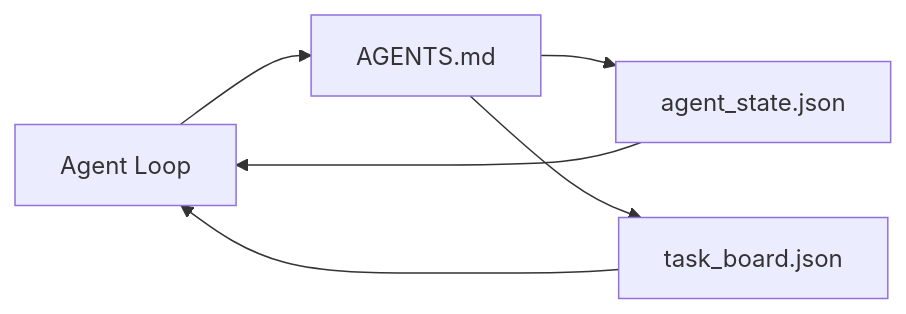
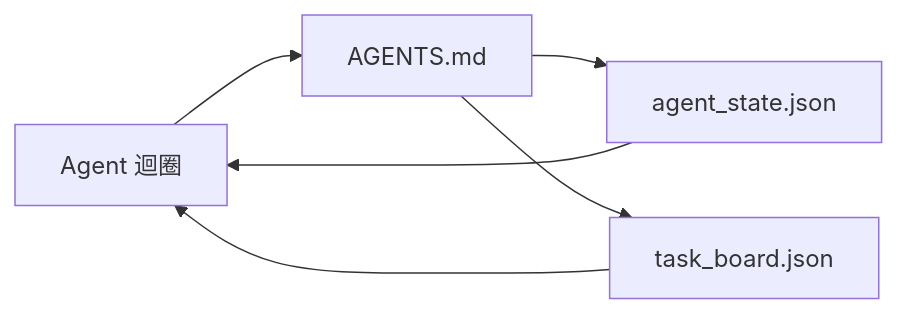
The diagram in i18n/zh-TW/phases/14-agent-engineering/32-minimal-agent-workbench/docs/zh-TW.md (edward821220/ai-engineering-from-scratch), drawn with Mermaid before and after one commit. The commit also changed other lines of this file and 43 other files, not shown here.

````diff
--- a/i18n/zh-TW/phases/14-agent-engineering/32-minimal-agent-workbench/docs/zh-TW.md
+++ b/i18n/zh-TW/phases/14-agent-engineering/32-minimal-agent-workbench/docs/zh-TW.md
@@ -27,8 +27,8 @@
 ```mermaid
 flowchart LR
-  Agent[Agent Loop] --> Router[AGENTS.md]
+  Agent[Agent 迴圈] --> Router[AGENTS.md]
   Router --> State[agent_state.json]
   Router --> Board[task_board.json]
   State --> Agent
   Board --> Agent
 ```
````
